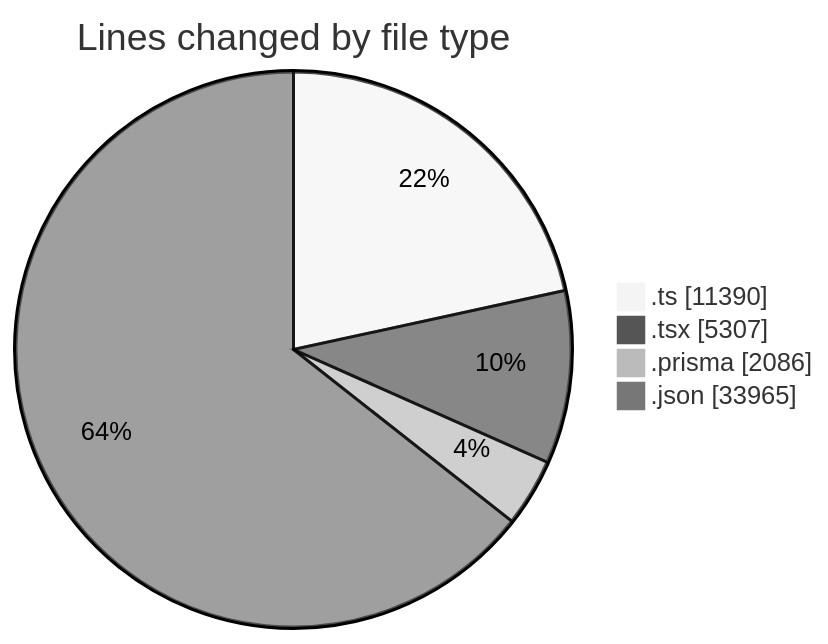
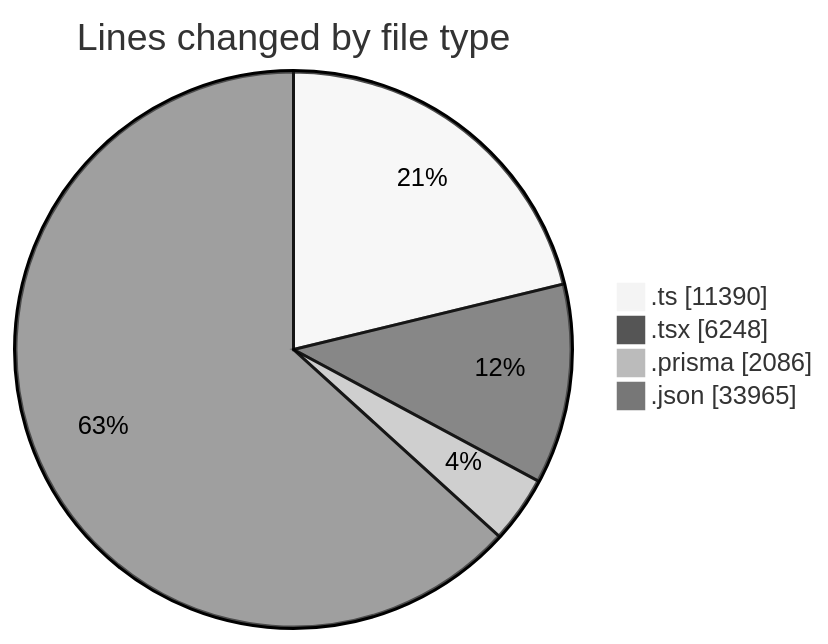
Before and after one commit to CELIANVF/code-tracking: the first of 2 diagrams in 2025-05-19/ecodeli-1/README.md, drawn with Mermaid (neutral theme). The commit also changed other lines of this file and 1 other file, not shown here.

````diff
--- a/2025-05-19/ecodeli-1/README.md
+++ b/2025-05-19/ecodeli-1/README.md
@@ -66,8 +67,8 @@
 ```mermaid
 pie showData
 title Lines changed by file type
 ".ts" : 11390
-".tsx" : 5307
+".tsx" : 6248
 ".prisma" : 2086
 ".json" : 33965
 ```
````
